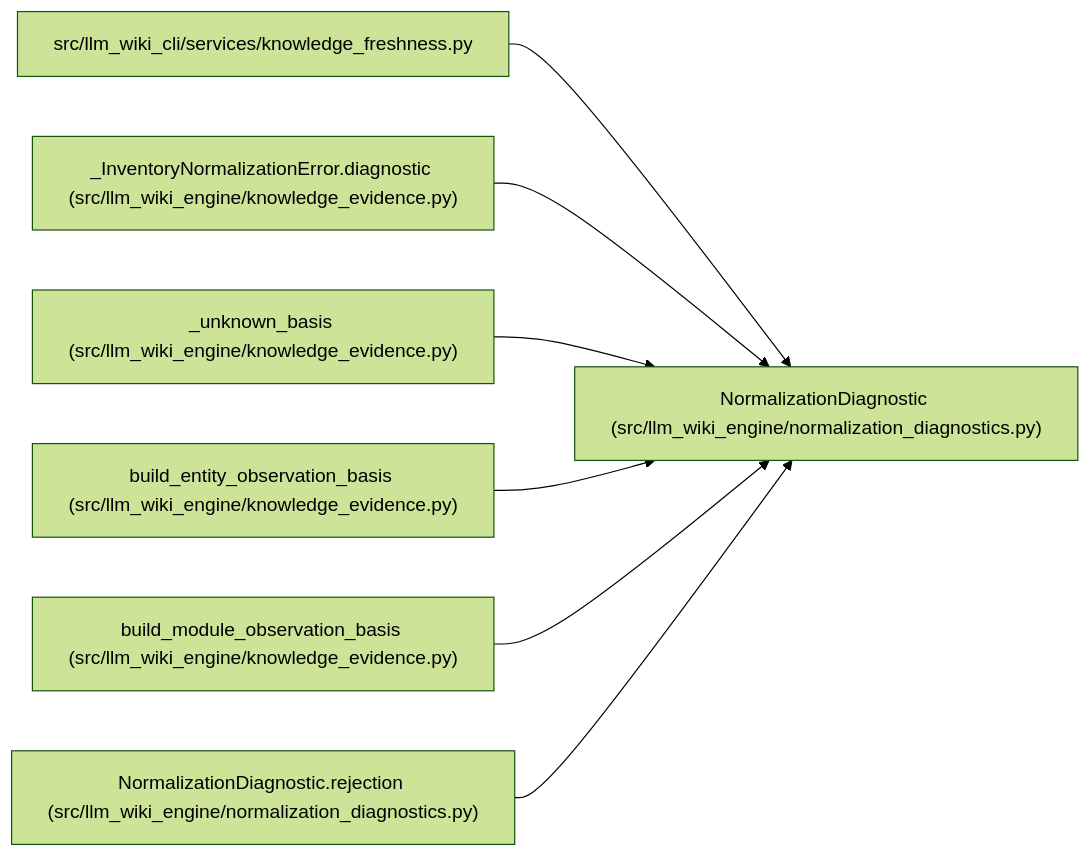
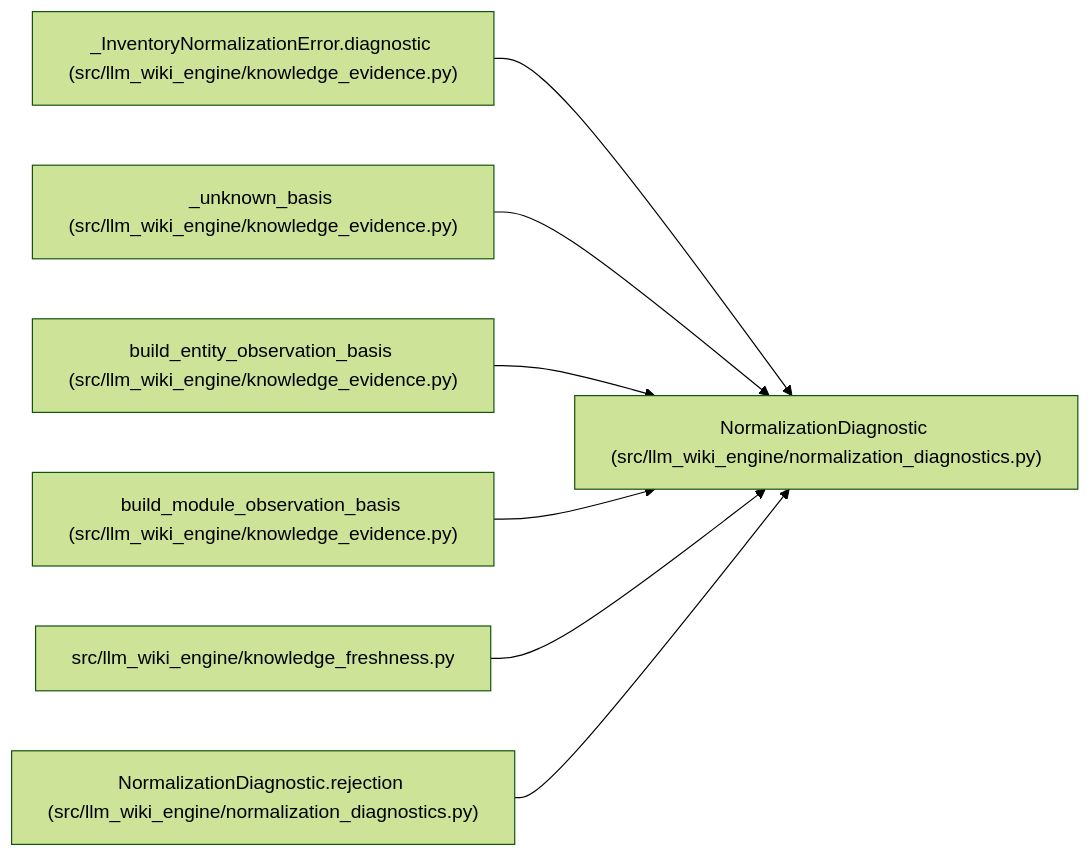
The diagram in docs/llm_wiki/entities/NormalizationDiagnostic.md (Denissvgn/python-wiki-llm), drawn with Mermaid (forest theme) before and after one commit. The commit also changed 1058 other files, not shown here.

First line of the commit message:
docs: refresh the wiki for the knowledge store move

````diff
--- a/docs/llm_wiki/entities/NormalizationDiagnostic.md
+++ b/docs/llm_wiki/entities/NormalizationDiagnostic.md
@@ -51,23 +51,23 @@
 ```mermaid
 flowchart LR
     n0["NormalizationDiagnostic (src/llm_wiki_engine/normalization_diagnostics.py)"]
-    n1["src/llm_wiki_cli/services/knowledge_freshness.py"]
-    n2["_InventoryNormalizationError.diagnostic (src/llm_wiki_engine/knowledge_evidence.py)"]
-    n3["_unknown_basis (src/llm_wiki_engine/knowledge_evidence.py)"]
-    n4["build_entity_observation_basis (src/llm_wiki_engine/knowledge_evidence.py)"]
-    n5["build_module_observation_basis (src/llm_wiki_engine/knowledge_evidence.py)"]
+    n1["_InventoryNormalizationError.diagnostic (src/llm_wiki_engine/knowledge_evidence.py)"]
+    n2["_unknown_basis (src/llm_wiki_engine/knowledge_evidence.py)"]
+    n3["build_entity_observation_basis (src/llm_wiki_engine/knowledge_evidence.py)"]
+    n4["build_module_observation_basis (src/llm_wiki_engine/knowledge_evidence.py)"]
+    n5["src/llm_wiki_engine/knowledge_freshness.py"]
     n6["NormalizationDiagnostic.rejection (src/llm_wiki_engine/normalization_diagnostics.py)"]
     n1 --> n0
     n2 --> n0
     n3 --> n0
     n4 --> n0
     n5 --> n0
     n6 --> n0
     click n0 "../modules/normalization_diagnostics.md"
-    click n1 "../modules/knowledge_freshness.md"
+    click n1 "../modules/knowledge_evidence.md"
     click n2 "../modules/knowledge_evidence.md"
     click n3 "../modules/knowledge_evidence.md"
     click n4 "../modules/knowledge_evidence.md"
-    click n5 "../modules/knowledge_evidence.md"
+    click n5 "../modules/knowledge_freshness.md"
     click n6 "../modules/normalization_diagnostics.md"
 ```
````
